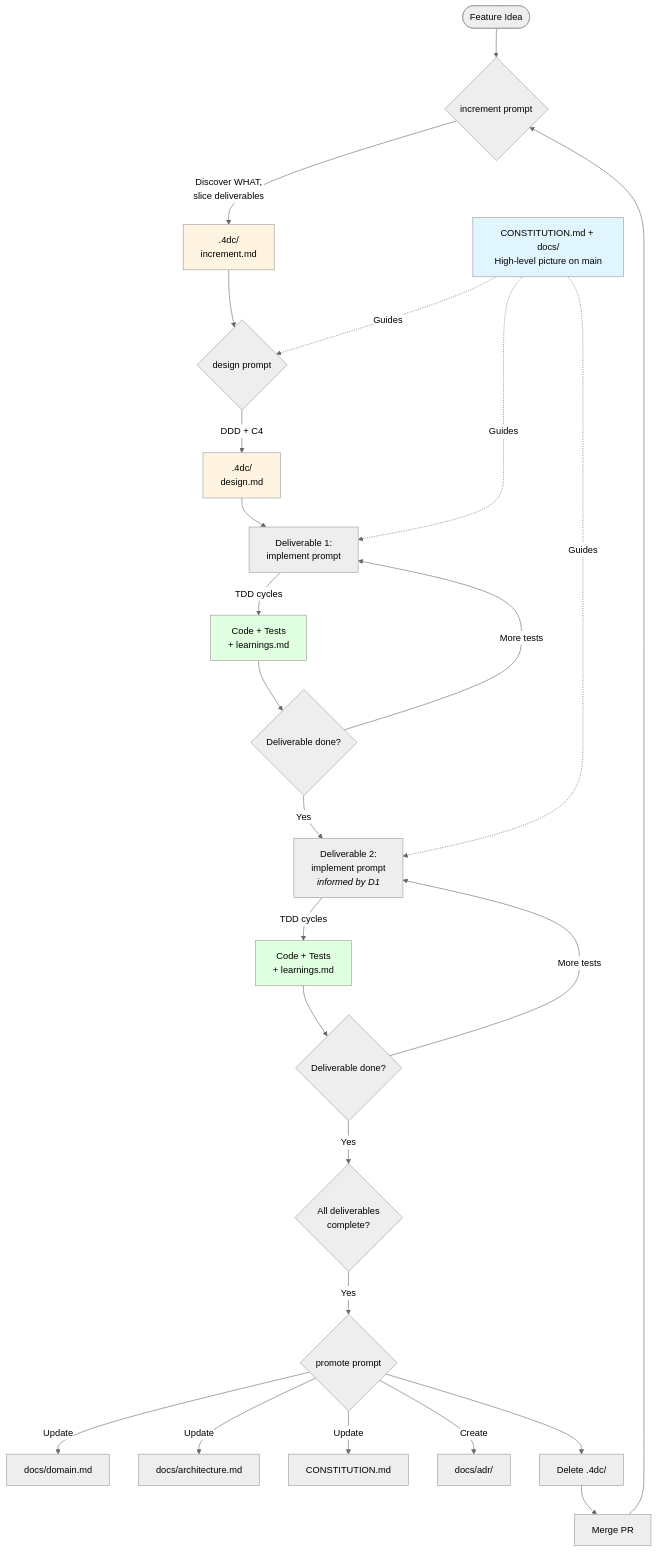
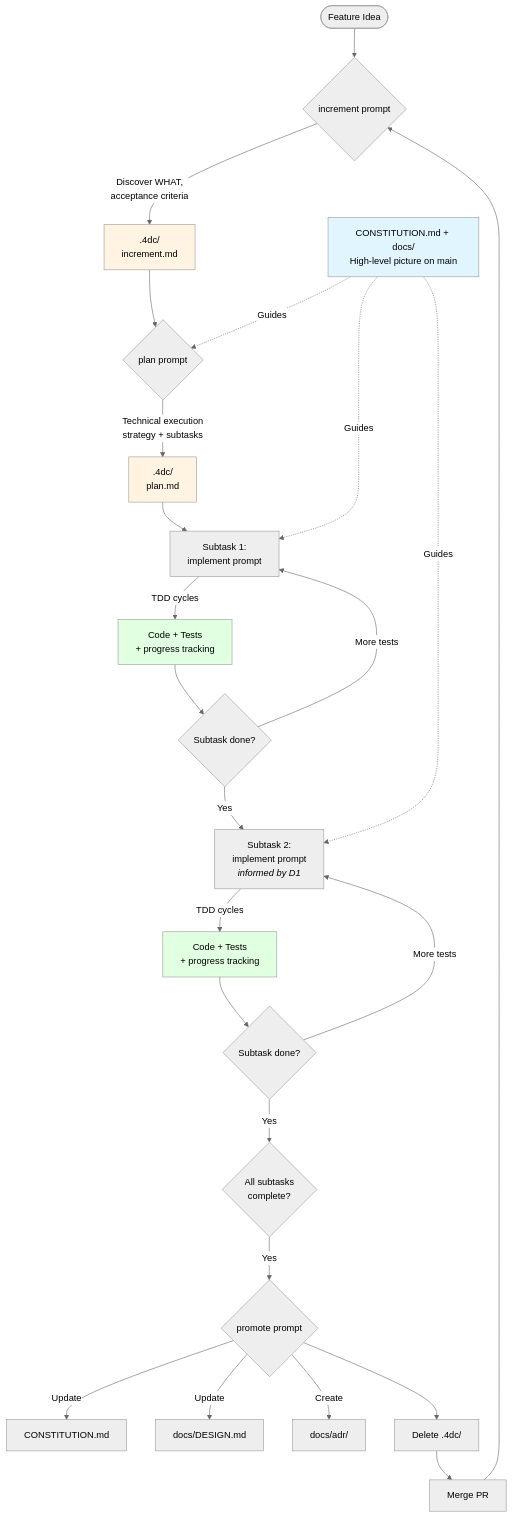
Before and after one commit to co0p/4dc: the diagram in README.md, drawn with Mermaid (neutral theme). The commit also changed other lines of this file, not shown here.

````diff
--- a/README.md
+++ b/README.md
@@ -331,45 +328,44 @@
 ```mermaid
 graph TB
     Start([Feature Idea])
 
     Constitution["CONSTITUTION.md + docs/\nHigh-level picture on main"]
 
     Start --> Inc{increment prompt}
-    Inc -->|Discover WHAT,<br/>slice deliverables| IncDoc[.4dc/<br/>increment.md]
+    Inc -->|Discover WHAT,<br/>acceptance criteria| IncDoc[.4dc/<br/>increment.md]
 
-    IncDoc --> Design{design prompt}
-    Design -->|DDD + C4| DesignDoc[.4dc/<br/>design.md]
+    IncDoc --> Plan{plan prompt}
+    Plan -->|Technical execution<br/>strategy + subtasks| PlanDoc[.4dc/<br/>plan.md]
 
-    DesignDoc --> D1[Deliverable 1:<br/>implement prompt]
-    D1 -->|TDD cycles| D1Code[Code + Tests<br/>+ learnings.md]
-    D1Code --> D1Done{Deliverable done?}
+    PlanDoc --> D1[Subtask 1:<br/>implement prompt]
+    D1 -->|TDD cycles| D1Code[Code + Tests<br/>+ progress tracking]
+    D1Code --> D1Done{Subtask done?}
     D1Done -->|More tests| D1
     D1Done -->|Yes| D2
 
-    D2[Deliverable 2:<br/>implement prompt<br/><i>informed by D1</i>]
-    D2 -->|TDD cycles| D2Code[Code + Tests<br/>+ learnings.md]
-    D2Code --> D2Done{Deliverable done?}
+    D2[Subtask 2:<br/>implement prompt<br/><i>informed by D1</i>]
+    D2 -->|TDD cycles| D2Code[Code + Tests<br/>+ progress tracking]
+    D2Code --> D2Done{Subtask done?}
     D2Done -->|More tests| D2
     D2Done -->|Yes| AllDone
 
-    AllDone{All deliverables<br/>complete?}
+    AllDone{All subtasks<br/>complete?}
     AllDone -->|Yes| Promote{promote prompt}
-    Promote -->|Update| Domain[docs/domain.md]
-    Promote -->|Update| Arch[docs/architecture.md]
-    Promote -->|Update| ConstUpdate[CONSTITUTION.md]
+    Promote -->|Update| Constitution2[CONSTITUTION.md]
+    Promote -->|Update| Design[docs/DESIGN.md]
     Promote -->|Create| ADR[docs/adr/]
 
     Promote --> Cleanup[Delete .4dc/]
     Cleanup --> Merge[Merge PR]
     Merge --> Inc
 
-    Constitution -.->|Guides| Design
+    Constitution -.->|Guides| Plan
     Constitution -.->|Guides| D1
     Constitution -.->|Guides| D2
 
     style IncDoc fill:#fff4e1
-    style DesignDoc fill:#fff4e1
+    style PlanDoc fill:#fff4e1
     style D1Code fill:#e1ffe1
     style D2Code fill:#e1ffe1
     style Constitution fill:#e1f5ff
 ```
````
